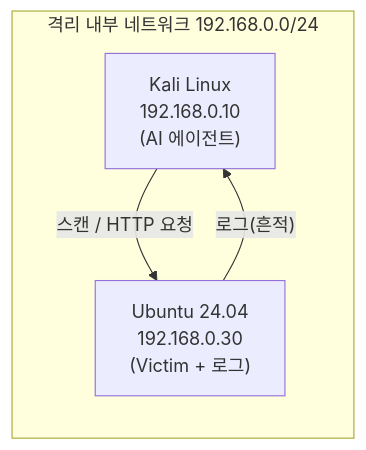
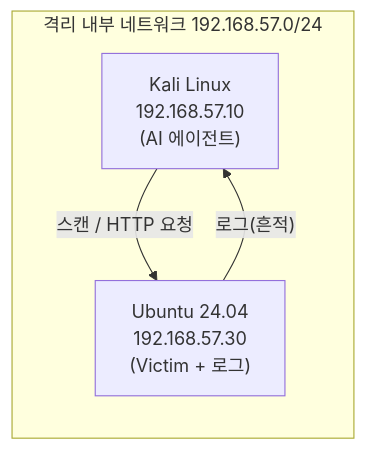
The fourth of 4 diagrams in _posts/1.응용강의/aiwebsec/2026-06-08-aiwebsec-00-overview.md (sbaek100/sbaek100.github.io), drawn with Mermaid before and after one commit. The commit also changed other lines of this file and 518 other files, not shown here.

````diff
--- a/_posts/1.응용강의/aiwebsec/2026-06-08-aiwebsec-00-overview.md
+++ b/_posts/1.응용강의/aiwebsec/2026-06-08-aiwebsec-00-overview.md
@@ -165,9 +165,9 @@
 ```mermaid
 graph LR
-    subgraph "격리 내부 네트워크 192.168.0.0/24"
-        K["Kali Linux<br/>192.168.0.10<br/>(AI 에이전트)"]
-        U["Ubuntu 24.04<br/>192.168.0.30<br/>(Victim + 로그)"]
+    subgraph "격리 내부 네트워크 192.168.57.0/24"
+        K["Kali Linux<br/>192.168.57.10<br/>(AI 에이전트)"]
+        U["Ubuntu 24.04<br/>192.168.57.30<br/>(Victim + 로그)"]
         K -- "스캔 / HTTP 요청" --> U
         U -- "로그(흔적)" --> K
     end
 ```
````
